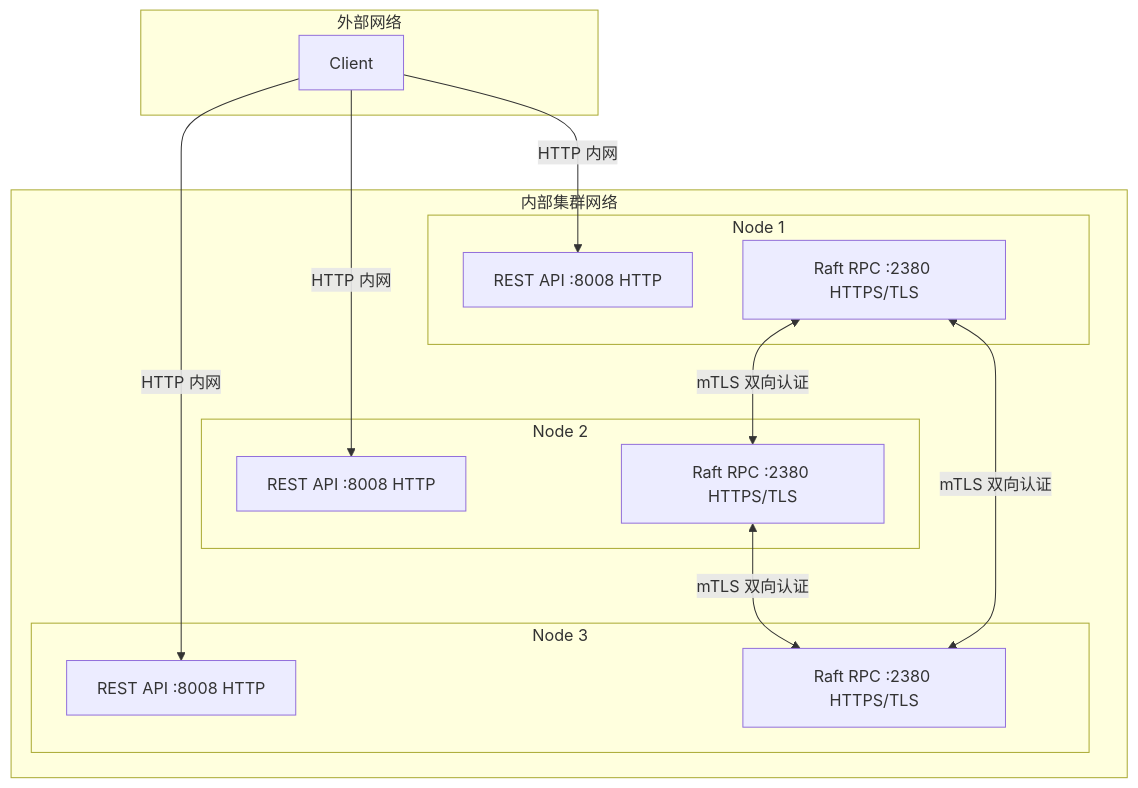
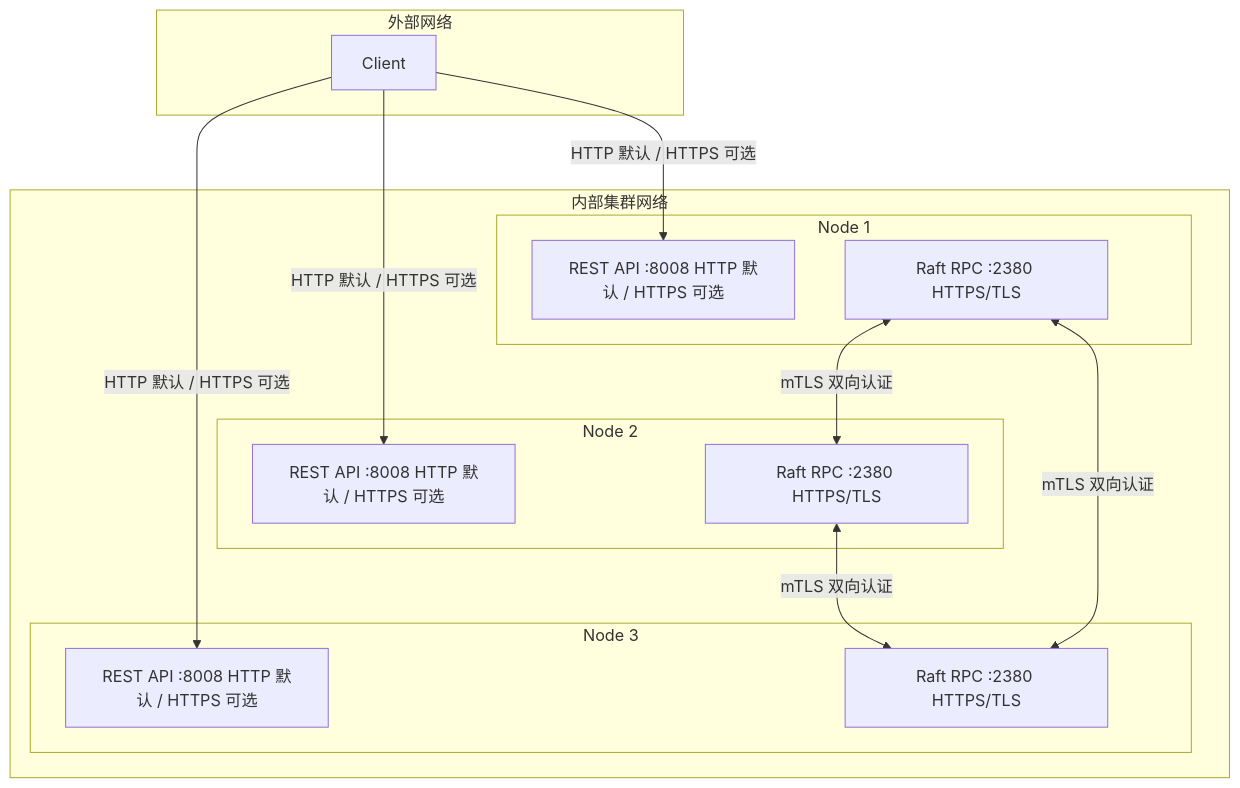
The ninth of 11 diagrams in docs/pg-ha-architecture.md (seraphico/pg-ha), drawn with Mermaid before and after one commit. The commit also changed other lines of this file and 9 other files, not shown here.

````diff
--- a/docs/pg-ha-architecture.md
+++ b/docs/pg-ha-architecture.md
@@ -306,29 +306,29 @@
 ```mermaid
 flowchart TB
     subgraph External["外部网络"]
         CLIENT[Client]
     end
 
     subgraph InternalNet["内部集群网络"]
         subgraph Node1["Node 1"]
-            API1[REST API :8008 HTTP]
+            API1[REST API :8008 HTTP 默认 / HTTPS 可选]
             RAFT1[Raft RPC :2380 HTTPS/TLS]
         end
         subgraph Node2["Node 2"]
-            API2[REST API :8008 HTTP]
+            API2[REST API :8008 HTTP 默认 / HTTPS 可选]
             RAFT2[Raft RPC :2380 HTTPS/TLS]
         end
         subgraph Node3["Node 3"]
-            API3[REST API :8008 HTTP]
+            API3[REST API :8008 HTTP 默认 / HTTPS 可选]
             RAFT3[Raft RPC :2380 HTTPS/TLS]
         end
     end
 
     RAFT1 <-->|mTLS 双向认证| RAFT2
     RAFT2 <-->|mTLS 双向认证| RAFT3
     RAFT1 <-->|mTLS 双向认证| RAFT3
 
-    CLIENT -->|HTTP 内网| API1
-    CLIENT -->|HTTP 内网| API2
-    CLIENT -->|HTTP 内网| API3
+    CLIENT -->|HTTP 默认 / HTTPS 可选| API1
+    CLIENT -->|HTTP 默认 / HTTPS 可选| API2
+    CLIENT -->|HTTP 默认 / HTTPS 可选| API3
 ```
````
